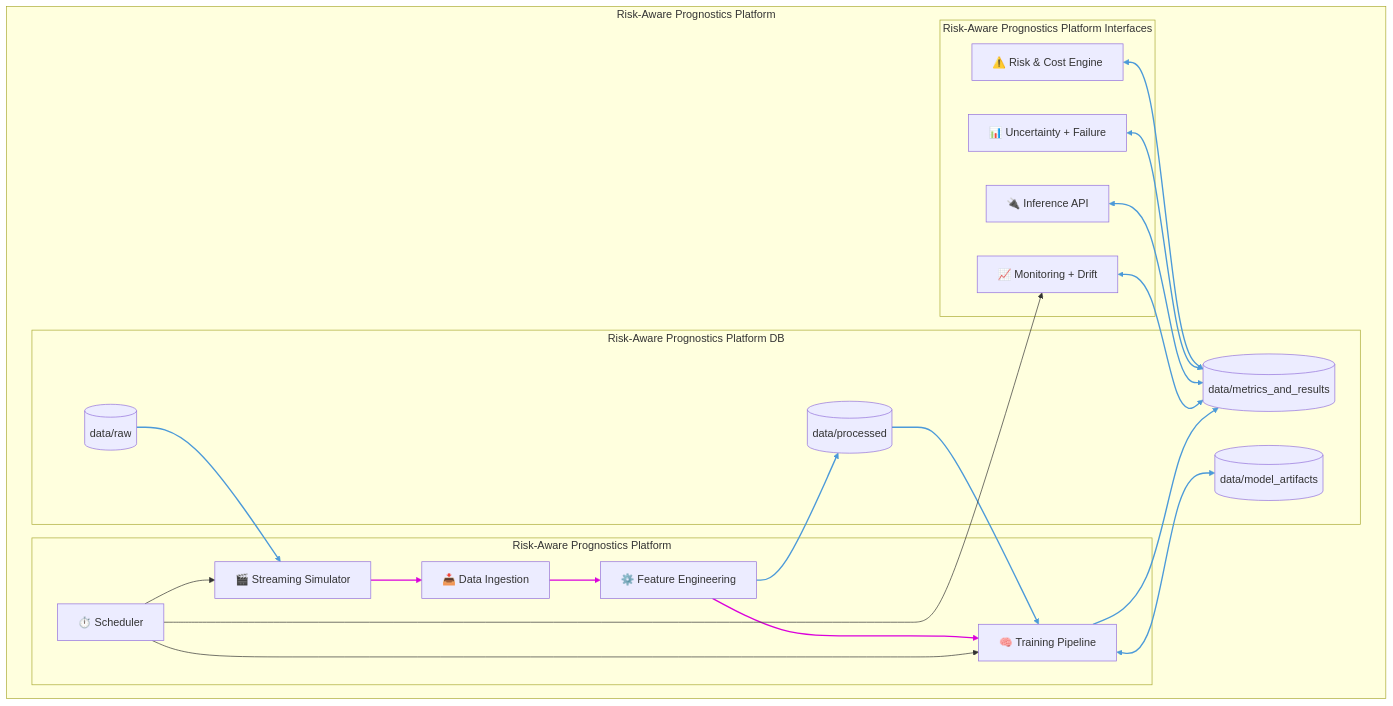
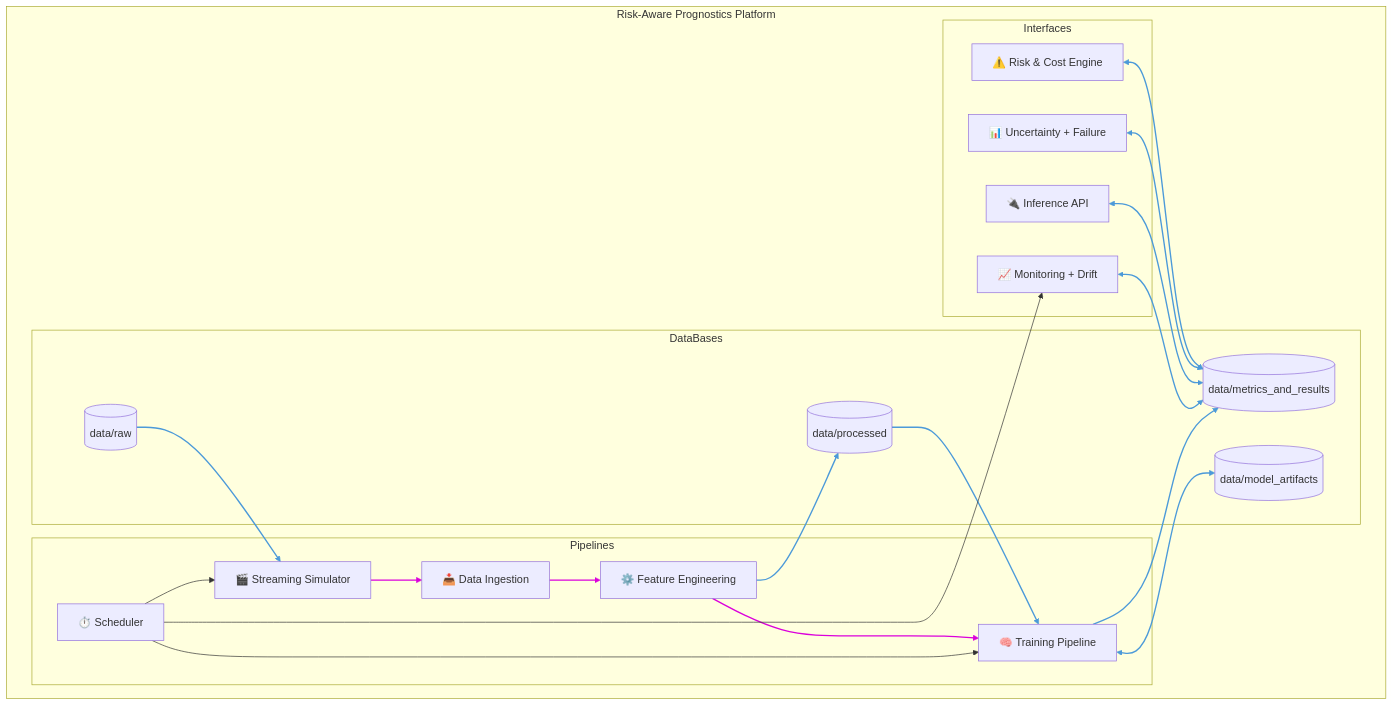
One commit to FrancescoPicazio/Risk-Aware-AI-Platform-for-Predictive-Maintenance-in-Safety-Critical-Systems changed the second of 3 diagrams in docs/ARCHITECTURE.md. Above: the diagram before and after it, drawn with Mermaid.

Commit message:
refactor: update architecture diagram for better terminology and clarity

````diff
--- a/docs/ARCHITECTURE.md
+++ b/docs/ARCHITECTURE.md
@@ -46,49 +46,49 @@
 ```mermaid
 flowchart TB
     subgraph Platform[Risk-Aware Prognostics Platform]
 
-        subgraph Data[Risk-Aware Prognostics Platform DB]
+        subgraph Data[DataBases]
           raw[(data/raw)]
           proc[(data/processed)]
           artifacts[(data/model_artifacts)]
           results[(data/metrics_and_results)]
         end
           
-        subgraph Interfaces[Risk-Aware Prognostics Platform Interfaces]
+        subgraph Interfaces[Interfaces]
           uq["📊 Uncertainty + Failure"]
           risk["⚠️ Risk & Cost Engine"]
           api["🔌 Inference API"]
           mon["📈 Monitoring + Drift"]
         end
         
-        subgraph Pipeline[Risk-Aware Prognostics Platform]
+        subgraph Pipeline[Pipelines]
           sim["🎬 Streaming Simulator"]
           ingest["📥 Data Ingestion"]
           fe["⚙️ Feature Engineering"]
           train["🧠 Training Pipeline"]
           sched["⏱️ Scheduler"]
         end
 
  end
 
   raw --> sim
   sim --> ingest
   ingest --> fe
   fe --> train
   fe --> proc
   risk <--> results
   uq <--> results
   api <--> results
   mon <--> results
   proc --> train
   train <--> artifacts
   train --> results
   sched --> sim
   sched --> train
   sched --> mon
 
   linkStyle 1,2,3 stroke:#DB00DB,stroke-width:2px
   linkStyle 0,4,5,6,7,8,9,10,11 stroke:#4C9AD9,stroke-width:2px
 
   %% Colori frecce
 ```
````
